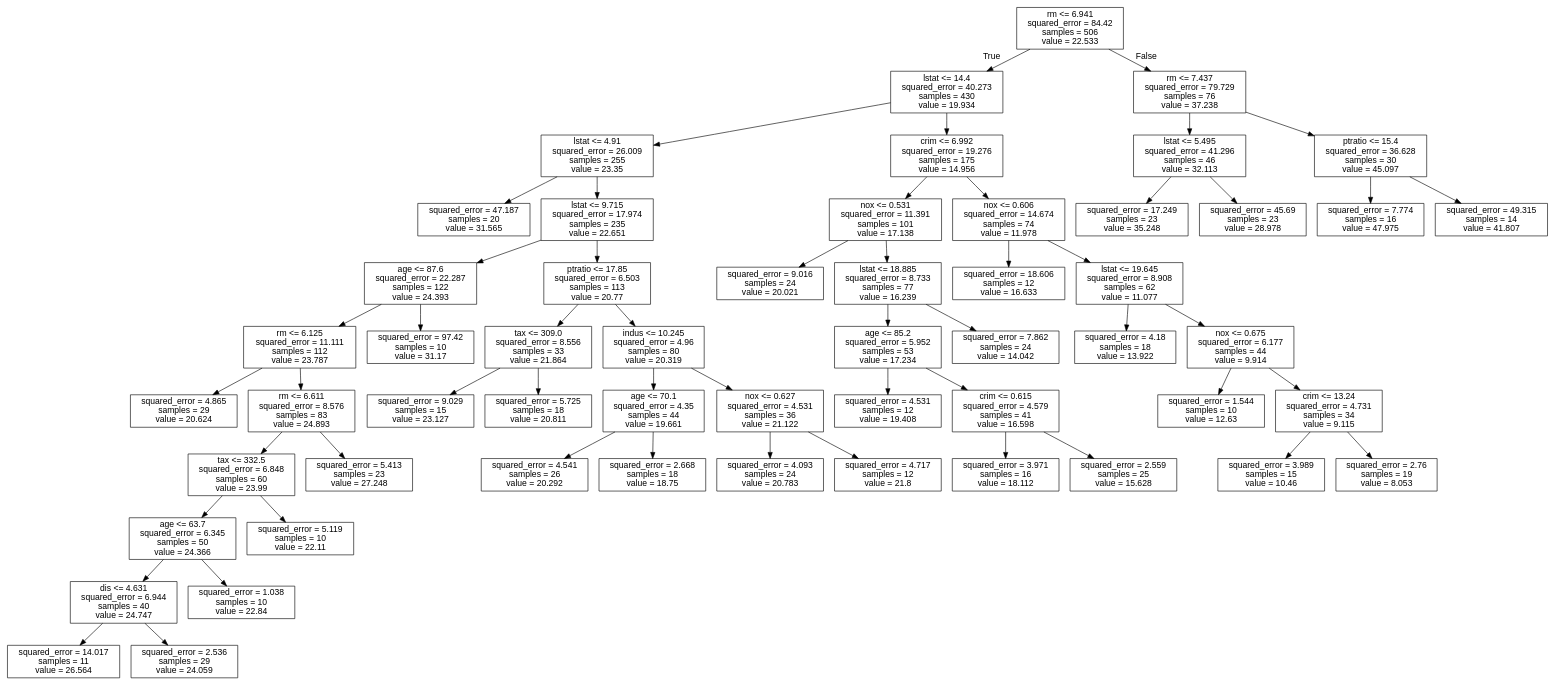
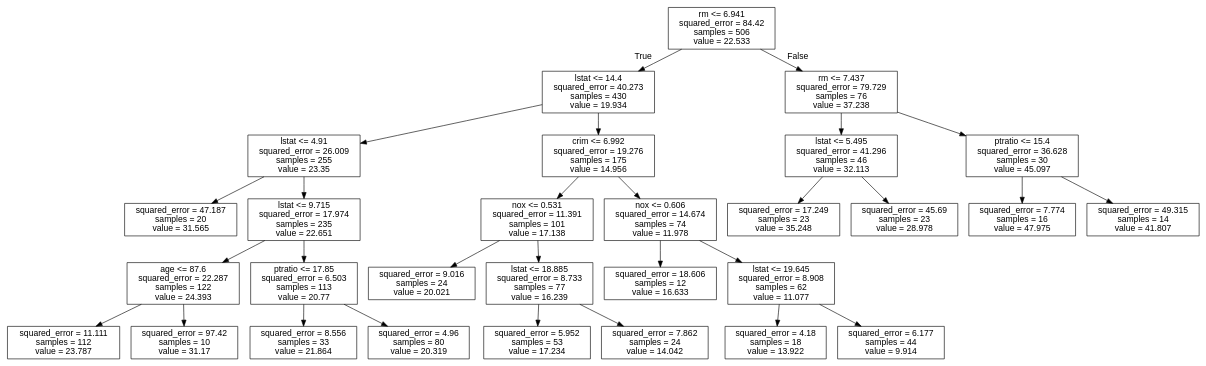
The diagram in notebooks/Part 7 - Arboles y Bosques Aleatorios/resources/boston_dtree.dot (jmudarra23/python-ml-course), drawn with Graphviz before and after one commit. The commit also changed 3 other files, not shown here.

```diff
--- a/notebooks/Part 7 - Arboles y Bosques Aleatorios/resources/boston_dtree.dot
+++ b/notebooks/Part 7 - Arboles y Bosques Aleatorios/resources/boston_dtree.dot
@@ -1,113 +1,61 @@
 digraph Tree {
 node [shape=box, fontname="helvetica"] ;
 edge [fontname="helvetica"] ;
 0 [label="rm <= 6.941\nsquared_error = 84.42\nsamples = 506\nvalue = 22.533"] ;
 1 [label="lstat <= 14.4\nsquared_error = 40.273\nsamples = 430\nvalue = 19.934"] ;
 0 -> 1 [labeldistance=2.5, labelangle=45, headlabel="True"] ;
 2 [label="lstat <= 4.91\nsquared_error = 26.009\nsamples = 255\nvalue = 23.35"] ;
 1 -> 2 ;
 3 [label="squared_error = 47.187\nsamples = 20\nvalue = 31.565"] ;
 2 -> 3 ;
 4 [label="lstat <= 9.715\nsquared_error = 17.974\nsamples = 235\nvalue = 22.651"] ;
 2 -> 4 ;
 5 [label="age <= 87.6\nsquared_error = 22.287\nsamples = 122\nvalue = 24.393"] ;
 4 -> 5 ;
-6 [label="rm <= 6.125\nsquared_error = 11.111\nsamples = 112\nvalue = 23.787"] ;
+6 [label="squared_error = 11.111\nsamples = 112\nvalue = 23.787"] ;
 5 -> 6 ;
-7 [label="squared_error = 4.865\nsamples = 29\nvalue = 20.624"] ;
-6 -> 7 ;
-8 [label="rm <= 6.611\nsquared_error = 8.576\nsamples = 83\nvalue = 24.893"] ;
-6 -> 8 ;
-9 [label="tax <= 332.5\nsquared_error = 6.848\nsamples = 60\nvalue = 23.99"] ;
+7 [label="squared_error = 97.42\nsamples = 10\nvalue = 31.17"] ;
+5 -> 7 ;
+8 [label="ptratio <= 17.85\nsquared_error = 6.503\nsamples = 113\nvalue = 20.77"] ;
+4 -> 8 ;
+9 [label="squared_error = 8.556\nsamples = 33\nvalue = 21.864"] ;
 8 -> 9 ;
-10 [label="age <= 63.7\nsquared_error = 6.345\nsamples = 50\nvalue = 24.366"] ;
-9 -> 10 ;
-11 [label="dis <= 4.631\nsquared_error = 6.944\nsamples = 40\nvalue = 24.747"] ;
-10 -> 11 ;
-12 [label="squared_error = 14.017\nsamples = 11\nvalue = 26.564"] ;
+10 [label="squared_error = 4.96\nsamples = 80\nvalue = 20.319"] ;
+8 -> 10 ;
+11 [label="crim <= 6.992\nsquared_error = 19.276\nsamples = 175\nvalue = 14.956"] ;
+1 -> 11 ;
+12 [label="nox <= 0.531\nsquared_error = 11.391\nsamples = 101\nvalue = 17.138"] ;
 11 -> 12 ;
-13 [label="squared_error = 2.536\nsamples = 29\nvalue = 24.059"] ;
-11 -> 13 ;
-14 [label="squared_error = 1.038\nsamples = 10\nvalue = 22.84"] ;
-10 -> 14 ;
-15 [label="squared_error = 5.119\nsamples = 10\nvalue = 22.11"] ;
-9 -> 15 ;
-16 [label="squared_error = 5.413\nsamples = 23\nvalue = 27.248"] ;
-8 -> 16 ;
-17 [label="squared_error = 97.42\nsamples = 10\nvalue = 31.17"] ;
-5 -> 17 ;
-18 [label="ptratio <= 17.85\nsquared_error = 6.503\nsamples = 113\nvalue = 20.77"] ;
-4 -> 18 ;
-19 [label="tax <= 309.0\nsquared_error = 8.556\nsamples = 33\nvalue = 21.864"] ;
-18 -> 19 ;
-20 [label="squared_error = 9.029\nsamples = 15\nvalue = 23.127"] ;
+13 [label="squared_error = 9.016\nsamples = 24\nvalue = 20.021"] ;
+12 -> 13 ;
+14 [label="lstat <= 18.885\nsquared_error = 8.733\nsamples = 77\nvalue = 16.239"] ;
+12 -> 14 ;
+15 [label="squared_error = 5.952\nsamples = 53\nvalue = 17.234"] ;
+14 -> 15 ;
+16 [label="squared_error = 7.862\nsamples = 24\nvalue = 14.042"] ;
+14 -> 16 ;
+17 [label="nox <= 0.606\nsquared_error = 14.674\nsamples = 74\nvalue = 11.978"] ;
+11 -> 17 ;
+18 [label="squared_error = 18.606\nsamples = 12\nvalue = 16.633"] ;
+17 -> 18 ;
+19 [label="lstat <= 19.645\nsquared_error = 8.908\nsamples = 62\nvalue = 11.077"] ;
+17 -> 19 ;
+20 [label="squared_error = 4.18\nsamples = 18\nvalue = 13.922"] ;
 19 -> 20 ;
-21 [label="squared_error = 5.725\nsamples = 18\nvalue = 20.811"] ;
+21 [label="squared_error = 6.177\nsamples = 44\nvalue = 9.914"] ;
 19 -> 21 ;
-22 [label="indus <= 10.245\nsquared_error = 4.96\nsamples = 80\nvalue = 20.319"] ;
-18 -> 22 ;
-23 [label="age <= 70.1\nsquared_error = 4.35\nsamples = 44\nvalue = 19.661"] ;
+22 [label="rm <= 7.437\nsquared_error = 79.729\nsamples = 76\nvalue = 37.238"] ;
+0 -> 22 [labeldistance=2.5, labelangle=-45, headlabel="False"] ;
+23 [label="lstat <= 5.495\nsquared_error = 41.296\nsamples = 46\nvalue = 32.113"] ;
 22 -> 23 ;
-24 [label="squared_error = 4.541\nsamples = 26\nvalue = 20.292"] ;
+24 [label="squared_error = 17.249\nsamples = 23\nvalue = 35.248"] ;
 23 -> 24 ;
-25 [label="squared_error = 2.668\nsamples = 18\nvalue = 18.75"] ;
+25 [label="squared_error = 45.69\nsamples = 23\nvalue = 28.978"] ;
 23 -> 25 ;
-26 [label="nox <= 0.627\nsquared_error = 4.531\nsamples = 36\nvalue = 21.122"] ;
+26 [label="ptratio <= 15.4\nsquared_error = 36.628\nsamples = 30\nvalue = 45.097"] ;
 22 -> 26 ;
-27 [label="squared_error = 4.093\nsamples = 24\nvalue = 20.783"] ;
+27 [label="squared_error = 7.774\nsamples = 16\nvalue = 47.975"] ;
 26 -> 27 ;
-28 [label="squared_error = 4.717\nsamples = 12\nvalue = 21.8"] ;
+28 [label="squared_error = 49.315\nsamples = 14\nvalue = 41.807"] ;
 26 -> 28 ;
-29 [label="crim <= 6.992\nsquared_error = 19.276\nsamples = 175\nvalue = 14.956"] ;
-1 -> 29 ;
-30 [label="nox <= 0.531\nsquared_error = 11.391\nsamples = 101\nvalue = 17.138"] ;
-29 -> 30 ;
-31 [label="squared_error = 9.016\nsamples = 24\nvalue = 20.021"] ;
-30 -> 31 ;
-32 [label="lstat <= 18.885\nsquared_error = 8.733\nsamples = 77\nvalue = 16.239"] ;
-30 -> 32 ;
-33 [label="age <= 85.2\nsquared_error = 5.952\nsamples = 53\nvalue = 17.234"] ;
-32 -> 33 ;
-34 [label="squared_error = 4.531\nsamples = 12\nvalue = 19.408"] ;
-33 -> 34 ;
-35 [label="crim <= 0.615\nsquared_error = 4.579\nsamples = 41\nvalue = 16.598"] ;
-33 -> 35 ;
-36 [label="squared_error = 3.971\nsamples = 16\nvalue = 18.112"] ;
-35 -> 36 ;
-37 [label="squared_error = 2.559\nsamples = 25\nvalue = 15.628"] ;
-35 -> 37 ;
-38 [label="squared_error = 7.862\nsamples = 24\nvalue = 14.042"] ;
-32 -> 38 ;
-39 [label="nox <= 0.606\nsquared_error = 14.674\nsamples = 74\nvalue = 11.978"] ;
-29 -> 39 ;
-40 [label="squared_error = 18.606\nsamples = 12\nvalue = 16.633"] ;
-39 -> 40 ;
-41 [label="lstat <= 19.645\nsquared_error = 8.908\nsamples = 62\nvalue = 11.077"] ;
-39 -> 41 ;
-42 [label="squared_error = 4.18\nsamples = 18\nvalue = 13.922"] ;
-41 -> 42 ;
-43 [label="nox <= 0.675\nsquared_error = 6.177\nsamples = 44\nvalue = 9.914"] ;
-41 -> 43 ;
-44 [label="squared_error = 1.544\nsamples = 10\nvalue = 12.63"] ;
-43 -> 44 ;
-45 [label="crim <= 13.24\nsquared_error = 4.731\nsamples = 34\nvalue = 9.115"] ;
-43 -> 45 ;
-46 [label="squared_error = 3.989\nsamples = 15\nvalue = 10.46"] ;
-45 -> 46 ;
-47 [label="squared_error = 2.76\nsamples = 19\nvalue = 8.053"] ;
-45 -> 47 ;
-48 [label="rm <= 7.437\nsquared_error = 79.729\nsamples = 76\nvalue = 37.238"] ;
-0 -> 48 [labeldistance=2.5, labelangle=-45, headlabel="False"] ;
-49 [label="lstat <= 5.495\nsquared_error = 41.296\nsamples = 46\nvalue = 32.113"] ;
-48 -> 49 ;
-50 [label="squared_error = 17.249\nsamples = 23\nvalue = 35.248"] ;
-49 -> 50 ;
-51 [label="squared_error = 45.69\nsamples = 23\nvalue = 28.978"] ;
-49 -> 51 ;
-52 [label="ptratio <= 15.4\nsquared_error = 36.628\nsamples = 30\nvalue = 45.097"] ;
-48 -> 52 ;
-53 [label="squared_error = 7.774\nsamples = 16\nvalue = 47.975"] ;
-52 -> 53 ;
-54 [label="squared_error = 49.315\nsamples = 14\nvalue = 41.807"] ;
-52 -> 54 ;
 }
```
